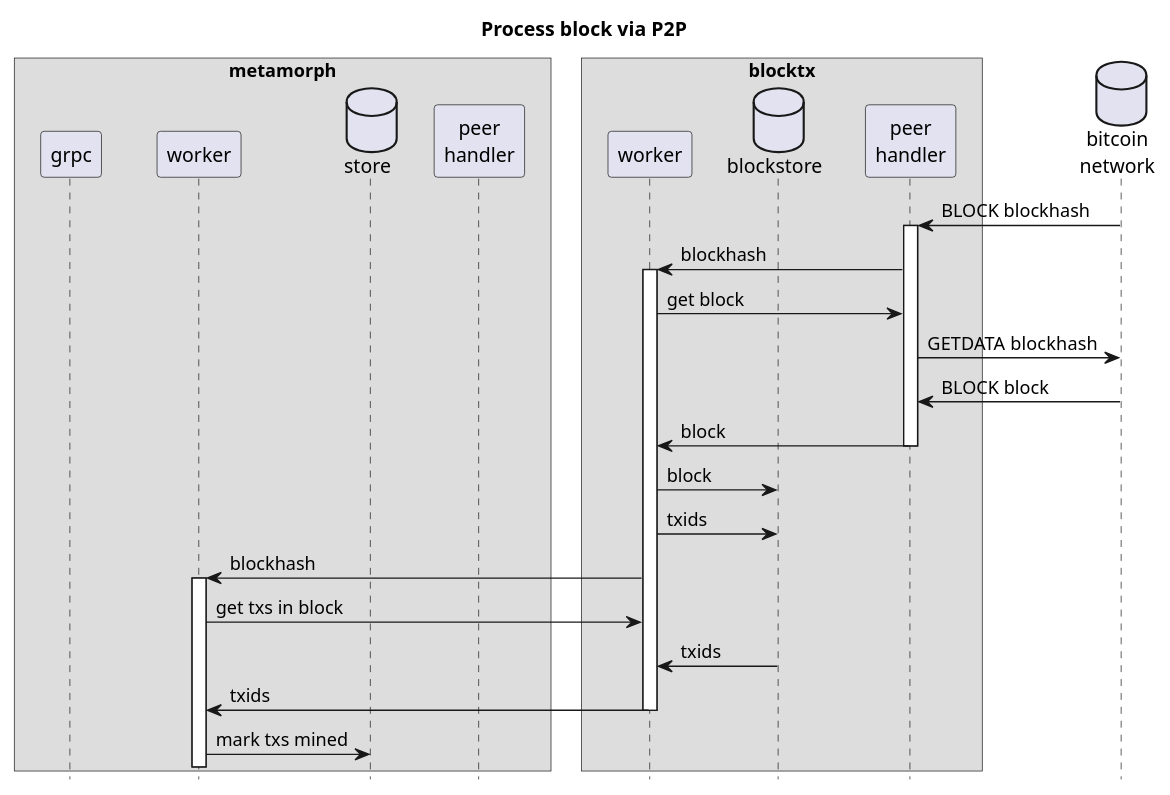
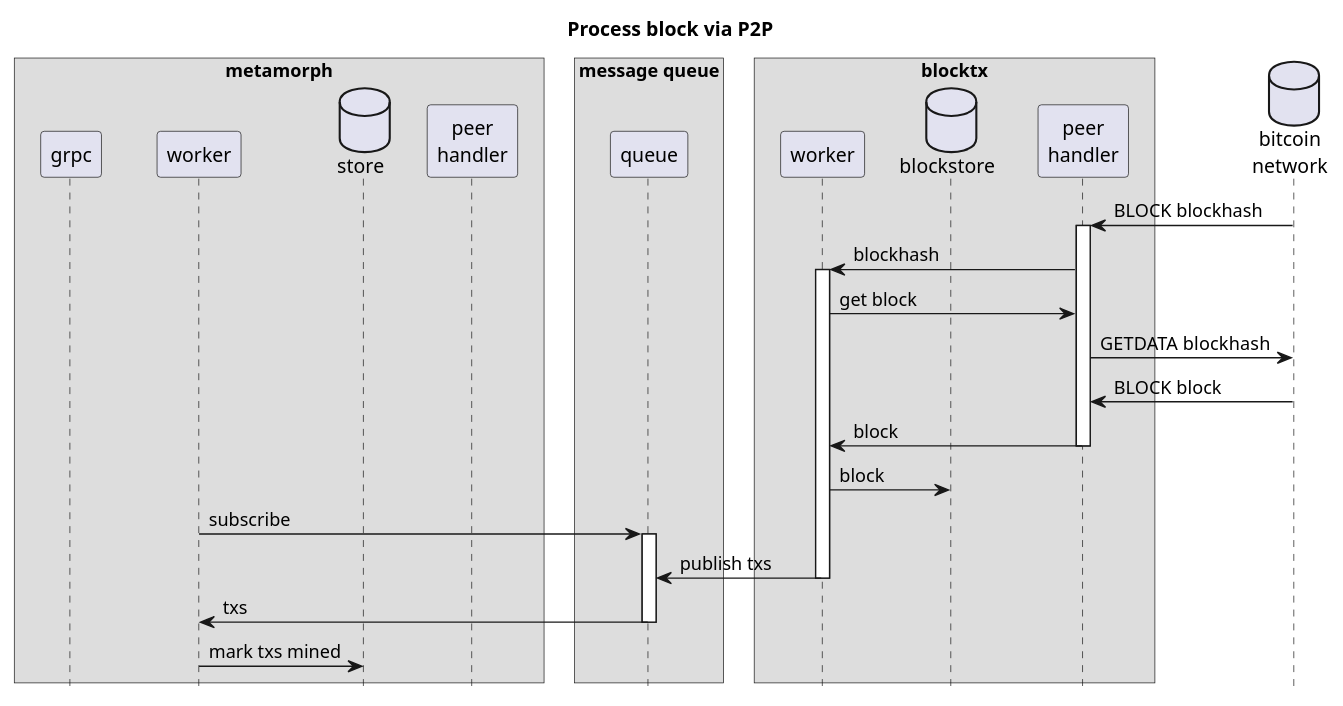
One commit to bitcoin-sv/arc changed the sixth of 6 diagrams in doc/README.md. Above: the diagram before and after it, drawn with PlantUML. The commit also changed other lines of this file, not shown here.

Commit message:
BAARC-12: Update block processing diagram

````diff
--- a/doc/README.md
+++ b/doc/README.md
@@ -418,41 +419,43 @@
 ```plantuml
 @startuml
 hide footbox
 skinparam ParticipantPadding 15
 skinparam BoxPadding 10
 
 box metamorph
     participant grpc
     participant worker
     database store
     participant "peer\nhandler" as mpeer
+end box
+
+box message queue
+    participant "queue" as queue
 end box
 
 box blocktx
     participant "worker" as blocktx
     database blockstore
     participant "peer\nhandler" as peer
 end box
 
 database "bitcoin\nnetwork" as bsv
 
 title Process block via P2P
 
 bsv -> peer++: BLOCK blockhash
 
 peer -> blocktx++: blockhash
     blocktx -> peer: get block
     peer -> bsv: GETDATA blockhash
     bsv -> peer: BLOCK block
 peer -> blocktx--: block
 
 blocktx -> blockstore: block
-blocktx -> blockstore: txids
-blocktx -> worker++: blockhash
-    worker -> blocktx: get txs in block
-    blockstore -> blocktx: txids
-    blocktx -> worker--: txids
-    worker -> store: mark txs mined
+worker -> queue++: subscribe
+blocktx -> queue--: publish txs
+queue -> worker--: txs
+worker -> store: mark txs mined
 
 @enduml
 ```
````
